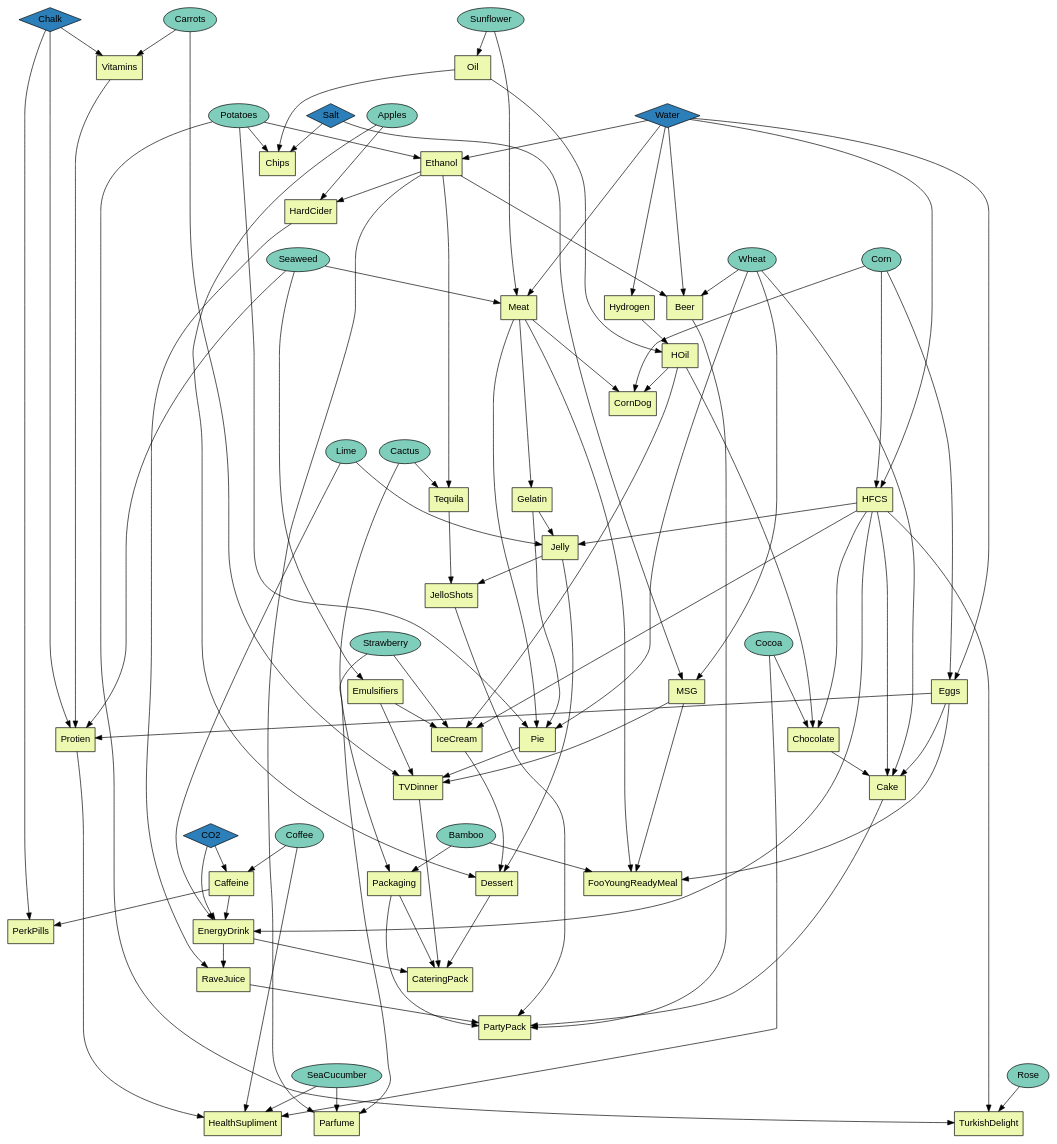
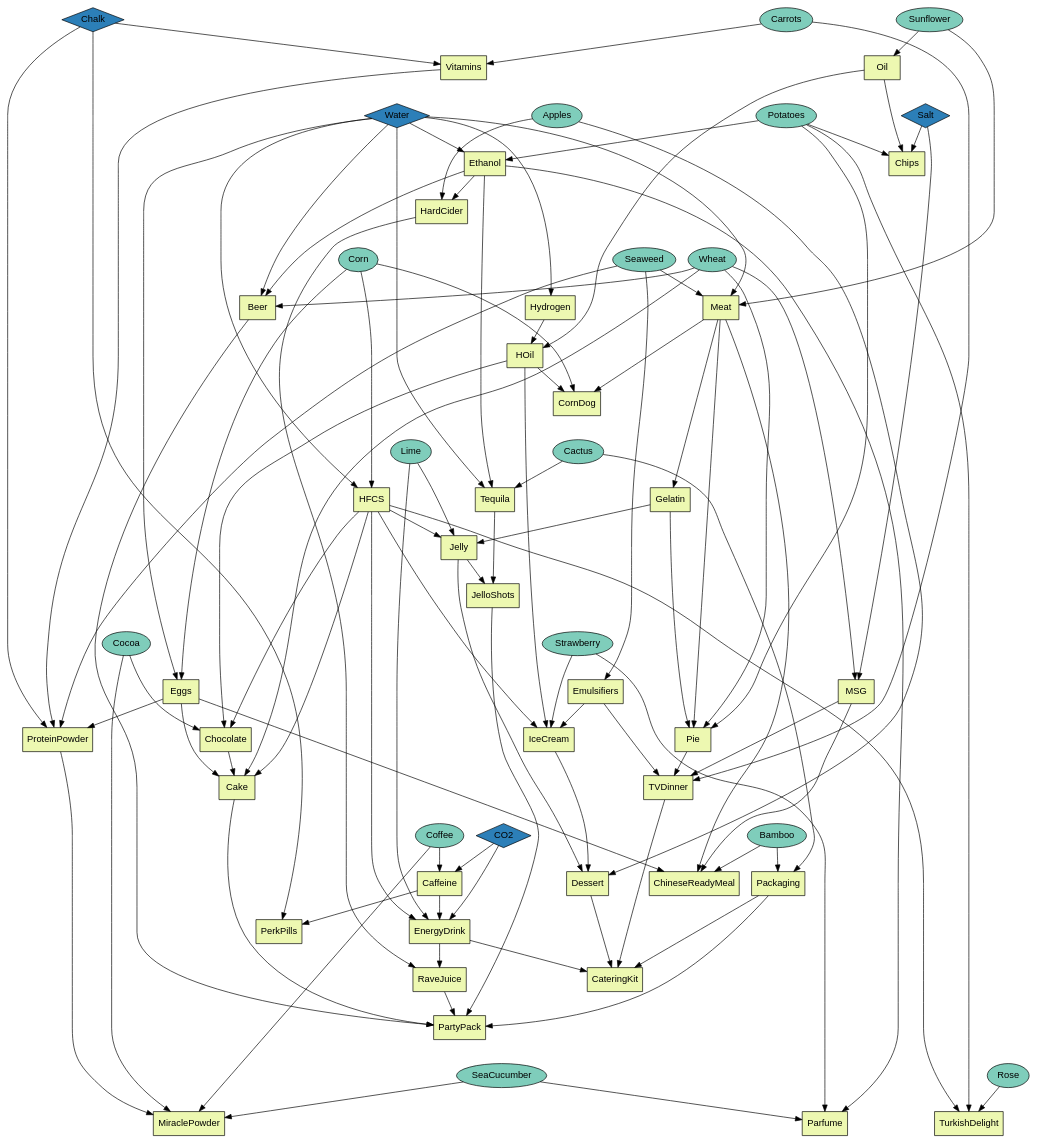
Before and after one commit to timboe/FactoryFarming: the diagram in src/progression.dot, drawn with Graphviz. The commit also changed 1 other file, not shown here.

```diff
--- a/src/progression.dot
+++ b/src/progression.dot
@@ -6,9 +6,9 @@
      node [style="filled", fontname="Arial", colorscheme=ylgnbu3];
 
     Vitamins, Oil, Chips, Ethanol, HardCider, HFCS, Eggs, Tequila, Meat, MSG, Beer,
-    Emulsifiers, Hydrogen, IceCream, HOil, Protien, Chocolate, TVDinner, FooYoungReadyMeal, Caffeine, EnergyDrink,
-    RaveJuice, JelloShots, Cake, CateringPack, Packaging, PartyPack, CornDog, Dessert, Jelly, 
-    Gelatin, Pie, PerkPills, Rose, TurkishDelight, Parfume, HealthSupliment
+    Emulsifiers, Hydrogen, IceCream, HOil, ProteinPowder, Chocolate, TVDinner, ChineseReadyMeal, Caffeine, EnergyDrink,
+    RaveJuice, JelloShots, Cake, CateringKit, Packaging, PartyPack, CornDog, Dessert, Jelly, 
+    Gelatin, Pie, PerkPills, Rose, TurkishDelight, Parfume, MiraclePowder
     [shape=Square, fillcolor=1]
 
 
@@ -100,7 +100,7 @@
     }
     subgraph f4_b {
         rank="same"
-        IceCream, Protien, Chocolate, Pie
+        IceCream, ProteinPowder, Chocolate, Pie
     }
     subgraph f4_c {
         rank="same"
@@ -108,7 +108,7 @@
     }
     subgraph f5_a {
         rank="same"
-        Caffeine, Packaging, Dessert, FooYoungReadyMeal
+        Caffeine, Packaging, Dessert, ChineseReadyMeal
     }
     subgraph f5_b {
         rank="same"
@@ -116,7 +116,7 @@
     }
     subgraph f5_c {
         rank="same"
-        RaveJuice, CateringPack
+        RaveJuice, CateringKit
     }
     subgraph f5_d {
         rank="same"
@@ -124,7 +124,7 @@
     }
     subgraph f6_a {
         rank="same"
-        Parfume, TurkishDelight, HealthSupliment
+        Parfume, TurkishDelight, MiraclePowder
     }
     
     // Force fanking
@@ -187,6 +187,7 @@
     
     Ethanol -> Tequila
     Cactus -> Tequila
+    Water -> Tequila
     
     Corn -> HFCS
     Water -> HFCS
@@ -212,10 +213,10 @@
     Corn -> Eggs
     Water -> Eggs
     
-    Eggs -> Protien
-    Seaweed -> Protien
-    Chalk -> Protien
-    Vitamins -> Protien
+    Eggs -> ProteinPowder
+    Seaweed -> ProteinPowder
+    Chalk -> ProteinPowder
+    Vitamins -> ProteinPowder
     
     Cocoa -> Chocolate
     HFCS -> Chocolate
@@ -262,15 +263,15 @@
     IceCream -> Dessert
     Apples -> Dessert
     
-    TVDinner -> CateringPack
-    Dessert -> CateringPack
-    EnergyDrink -> CateringPack
-    Packaging -> CateringPack
+    TVDinner -> CateringKit
+    Dessert -> CateringKit
+    EnergyDrink -> CateringKit
+    Packaging -> CateringKit
     
-    MSG -> FooYoungReadyMeal
-    Eggs -> FooYoungReadyMeal
-    Bamboo -> FooYoungReadyMeal
-    Meat -> FooYoungReadyMeal
+    MSG -> ChineseReadyMeal
+    Eggs -> ChineseReadyMeal
+    Bamboo -> ChineseReadyMeal
+    Meat -> ChineseReadyMeal
 
     Beer -> PartyPack
     JelloShots -> PartyPack
@@ -284,10 +285,10 @@
     Strawberry -> Parfume
     Ethanol -> Parfume
     
-    Protien -> HealthSupliment
-    SeaCucumber -> HealthSupliment
-    Coffee -> HealthSupliment
-    Cocoa -> HealthSupliment
+    ProteinPowder -> MiraclePowder
+    SeaCucumber -> MiraclePowder
+    Coffee -> MiraclePowder
+    Cocoa -> MiraclePowder
     
     Rose -> TurkishDelight
     HFCS -> TurkishDelight
```
